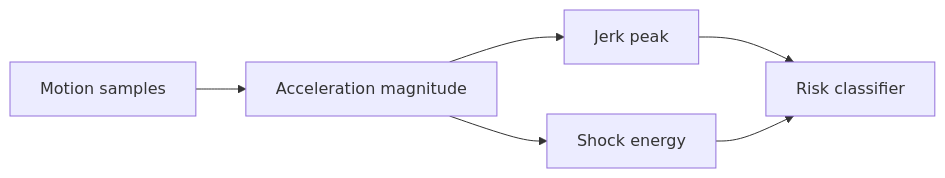
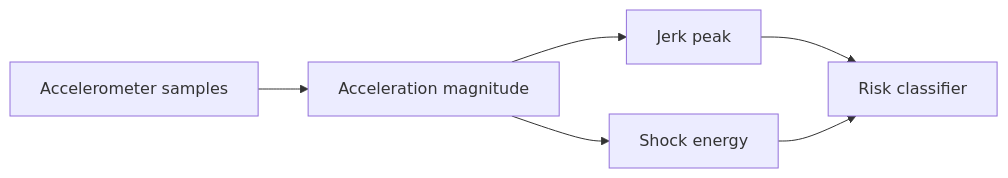
Before and after one commit to roshaninfordham/monad-sentinel: the second of 9 diagrams in docs/algorithms.md, drawn with Mermaid. The commit also changed other lines of this file and 22 other files, not shown here.

Commit message:
docs: refresh architecture docs and screenshots

````diff
--- a/docs/algorithms.md
+++ b/docs/algorithms.md
@@ -63,8 +64,14 @@
 ```mermaid
 flowchart LR
-  Samples[Motion samples] --> Mag[Acceleration magnitude]
-  Mag --> Jerk[Jerk peak]
-  Mag --> Energy[Shock energy]
-  Jerk --> Risk[Risk classifier]
-  Energy --> Risk
+  Samples[Accelerometer samples]
+  Magnitude[Acceleration magnitude]
+  Jerk[Jerk peak]
+  Energy[Shock energy]
+  Classifier[Risk classifier]
+
+  Samples --> Magnitude
+  Magnitude --> Jerk
+  Magnitude --> Energy
+  Jerk --> Classifier
+  Energy --> Classifier
 ```
````
